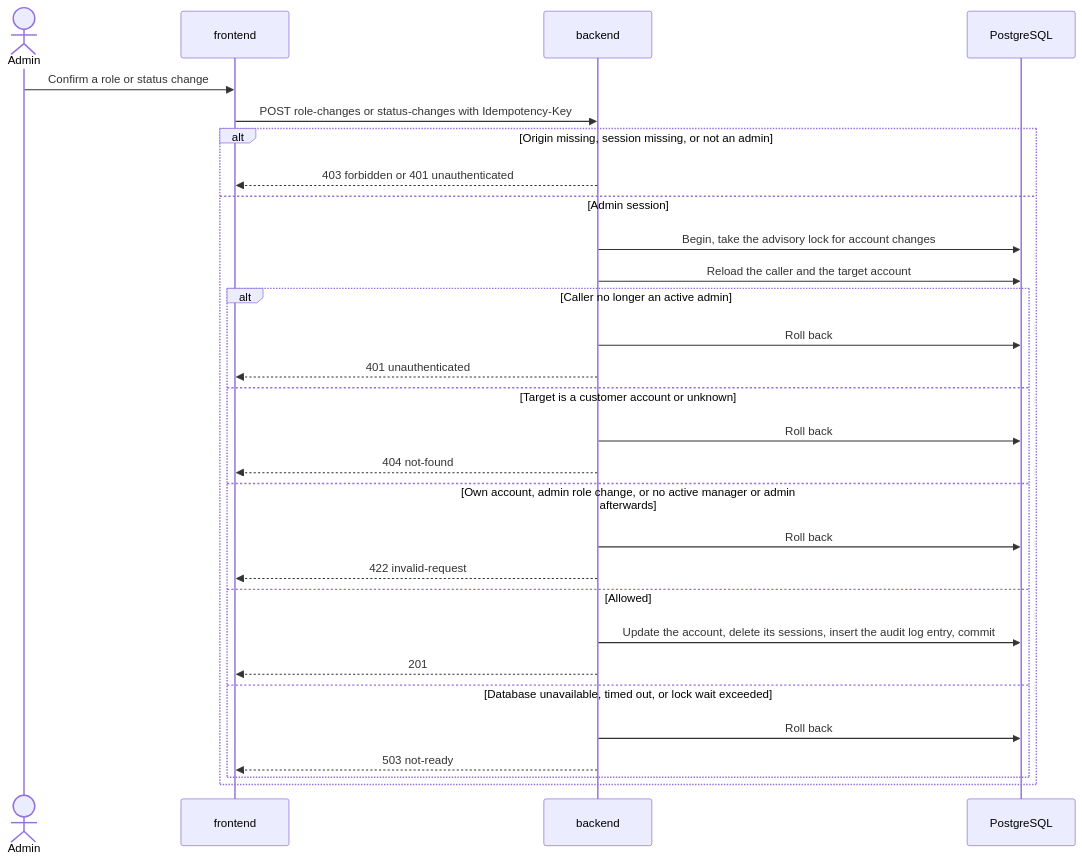
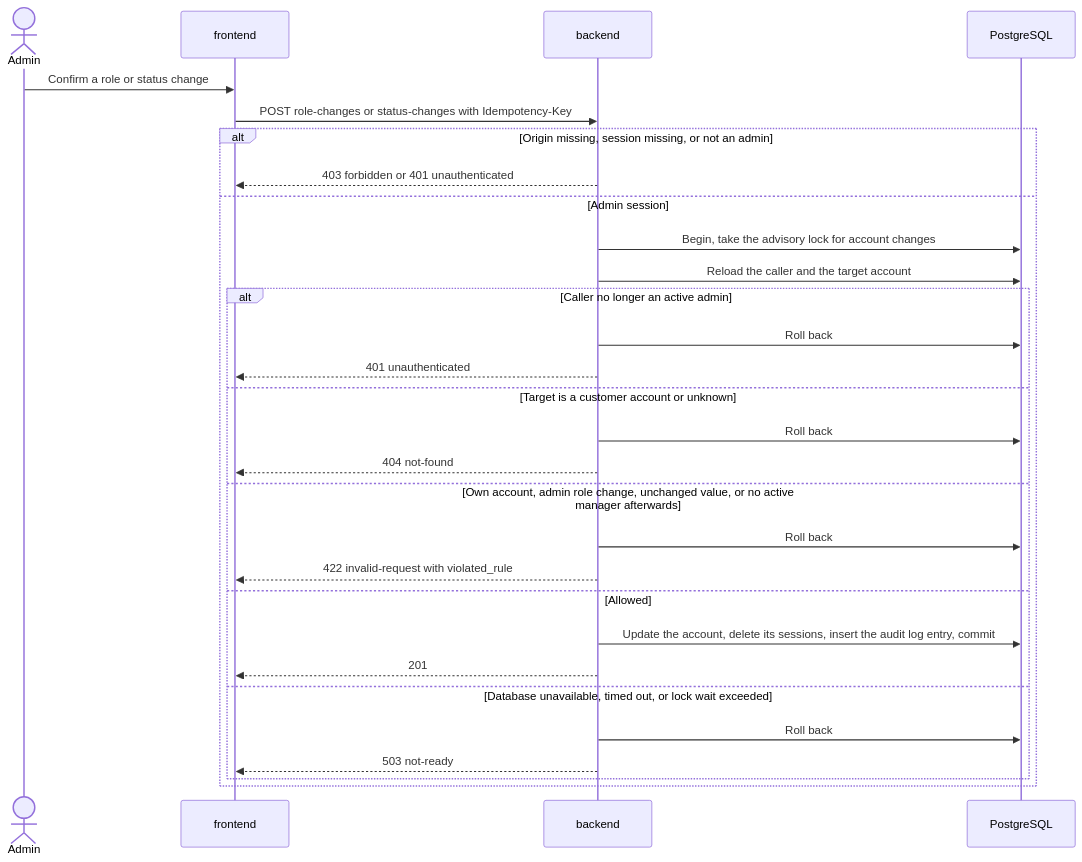
The third of 3 diagrams in docs/design/backend-foundation.md (ml-system-design-nhom-5/SupportIQ), drawn with Mermaid before and after one commit. The commit also changed other lines of this file and 11 other files, not shown here.

````diff
--- a/docs/design/backend-foundation.md
+++ b/docs/design/backend-foundation.md
@@ -181,31 +181,31 @@
 ```mermaid
 sequenceDiagram
     actor Admin
     participant FE as frontend
     participant BE as backend
     participant DB as PostgreSQL
     Admin->>FE: Confirm a role or status change
     FE->>BE: POST role-changes or status-changes with Idempotency-Key
     alt Origin missing, session missing, or not an admin
         BE-->>FE: 403 forbidden or 401 unauthenticated
     else Admin session
         BE->>DB: Begin, take the advisory lock for account changes
         BE->>DB: Reload the caller and the target account
         alt Caller no longer an active admin
             BE->>DB: Roll back
             BE-->>FE: 401 unauthenticated
         else Target is a customer account or unknown
             BE->>DB: Roll back
             BE-->>FE: 404 not-found
-        else Own account, admin role change, or no active manager or admin afterwards
+        else Own account, admin role change, unchanged value, or no active manager afterwards
             BE->>DB: Roll back
-            BE-->>FE: 422 invalid-request
+            BE-->>FE: 422 invalid-request with violated_rule
         else Allowed
             BE->>DB: Update the account, delete its sessions, insert the audit log entry, commit
             BE-->>FE: 201
         else Database unavailable, timed out, or lock wait exceeded
             BE->>DB: Roll back
             BE-->>FE: 503 not-ready
         end
     end
 ```
````
